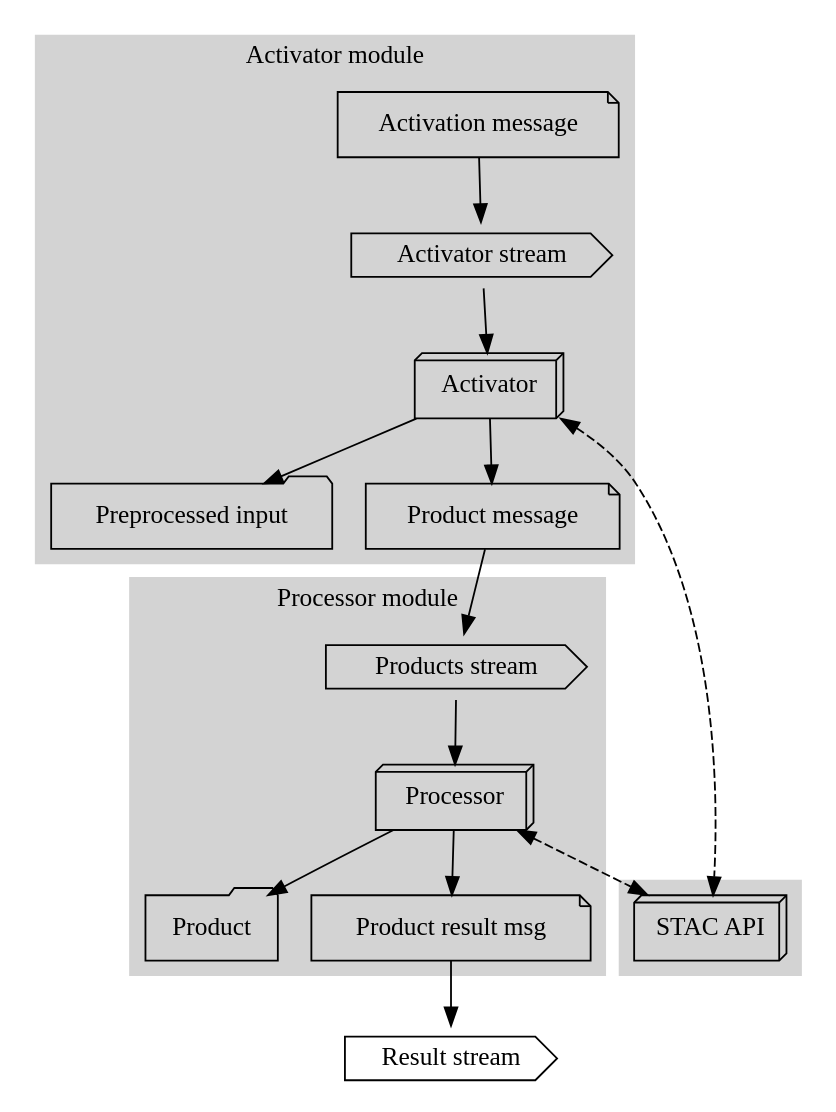
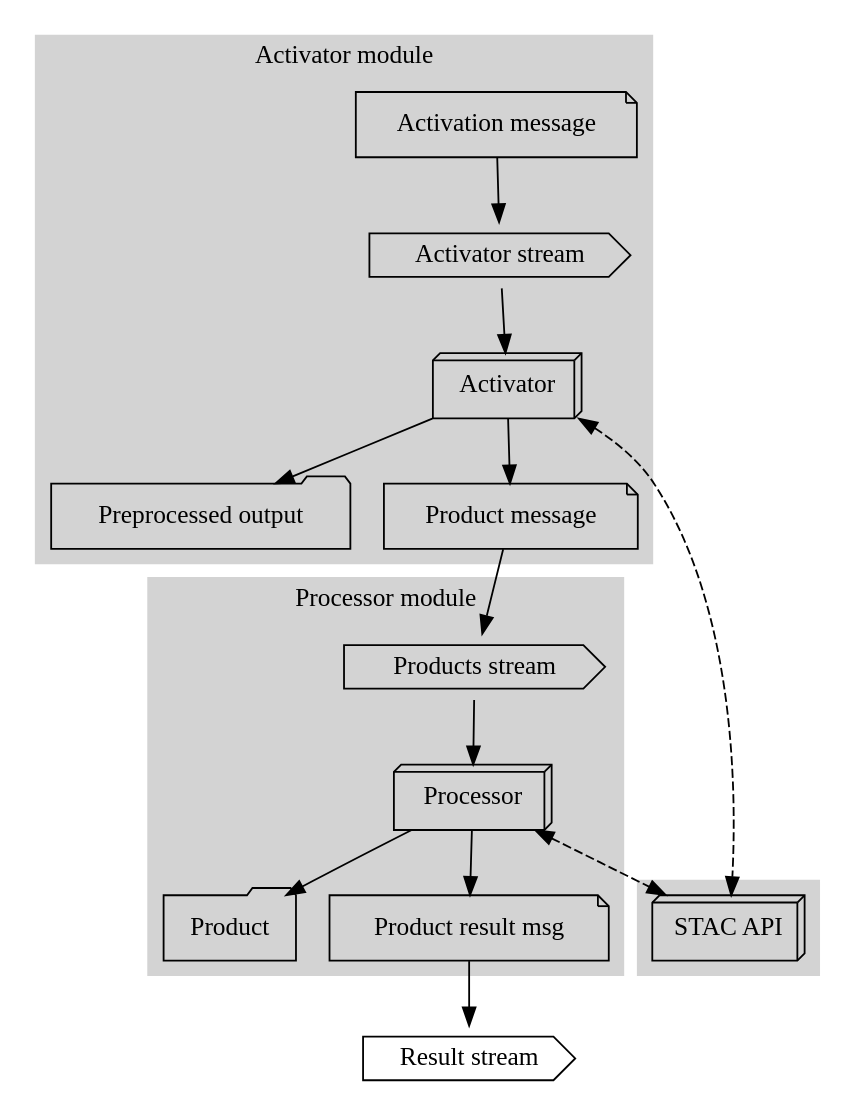
Before and after one commit to azavea/nasa-hyperspectral: the diagram in docs/arch/v1/arch_no_supervisor.dot, drawn with Graphviz. The commit also changed 5 other files, not shown here.

Commit message:
Add words and fix diagrams

```diff
--- a/docs/arch/v1/arch_no_supervisor.dot
+++ b/docs/arch/v1/arch_no_supervisor.dot
@@ -1,71 +1,71 @@
 digraph G {
     # nodesep = 1
     # ranksep = 0.5
 
     stac_api
 
     activation_msg -> stream_activator
 
     stream_activator -> activator
 
     activator -> stac_api [style = dashed, dir = both]
 
     activator -> preprocessed_input
 
     activator -> product_msg
 
     product_msg -> stream_products
     
     stream_products -> processor
 
     processor -> stac_api [style = dashed, dir = both]
 
     processor -> product
 
     processor -> product_result_msg
 
     product_result_msg -> result_stream
 
     stac_api [shape = box3d, label = "STAC API"]
     activation_msg [shape = note, label = "Activation message"]
     stream_activator [shape = cds, label = "Activator stream", width = 2]
     activator [shape = box3d, label = "Activator"]
-    preprocessed_input [shape = folder, label = "Preprocessed input"]
+    preprocessed_input [shape = folder, label = "Preprocessed output"]
     product_msg [shape = note, label = "Product message"]
     stream_products [shape = cds, label = "Products stream", width = 2]
     processor [shape = box3d, label = "Processor"]
     product [shape = folder, label = "Product"]
     product_result_msg [shape = note, label = "Product result msg"]
     result_stream [shape = cds, label = "Result stream"]
 
     subgraph cluster_persistence {
         style=filled;
 		color=lightgrey;
 		node [style=filled,color=white];
         stac_api;
     }
 
     subgraph cluster_activator {
 		style=filled;
 		color=lightgrey;
 		node [style=filled,color=white];
         activation_msg;
         stream_activator;
         activator;
         preprocessed_input;
         product_msg;
 		label = "Activator module";
 	}
 
     subgraph cluster_processor {
 		style=filled;
 		color=lightgrey;
 		node [style=filled,color=white];
         product_msg;
         stream_products;
         processor;
         product_result_msg;
         product;
 		label = "Processor module";
 	}
 }
```
